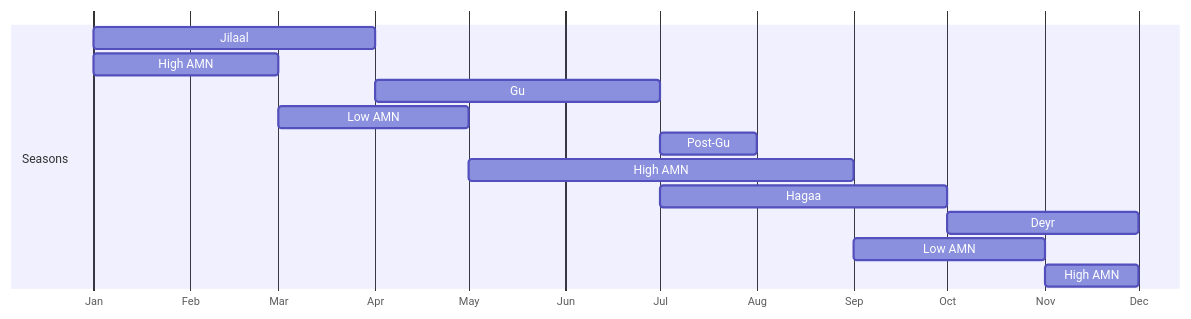
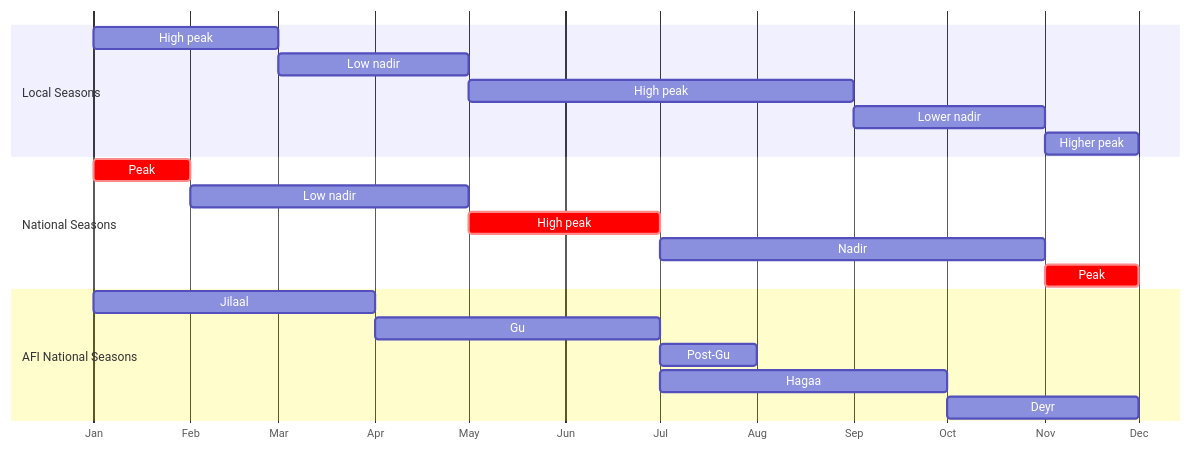
The ninth of 10 diagrams in report.qmd (nutimes/som-sam-admit), drawn with Mermaid before and after one commit. The commit also changed other lines of this file, not shown here.

````diff
--- a/report.qmd
+++ b/report.qmd
@@ -727,20 +741,27 @@
 ```{mermaid}
 %%| label: fig-afi-amn-calendar-riverine
-%%| fig-cap: AFI seasonal calendar vs AMN seasonal calendar
+%%| fig-cap: AMN seasonal calendar *versus* AFI seasonal calendar
 
 gantt
     dateFormat M
     axisFormat %b
     todayMarker off
-    section Seasons
+    section Local Seasons
+    High peak :amn1, 1, 3
+    Low nadir :amn2, 3, 5
+    High peak :amn3, 5, 9
+    Lower nadir :amn5, 9, 11
+    Higher peak :amn6, 11, 12
+    section National Seasons
+    Peak :crit, ntl1, 1, 2
+    Low nadir :ntl2, 2, 5
+    High peak :crit, ntl3, 5, 7
+    Nadir :ntl4, 7, 11
+    Peak :crit, ntl5, 11, 12
+    section AFI National Seasons
     Jilaal :afi1, 1, 4
-    High AMN :amn1, 1, 3
     Gu     :afi2, 4, 7
-    Low AMN :amn2, 3, 5
     Post-Gu:afi3, 7, 8
-    High AMN :amn3, 5, 9
     Hagaa  :afi4, 7, 10
     Deyr   :afi5, 10, 12
-    Low AMN : amn5, 9, 11
-    High AMN : amn6, 11, 12
 ```
````
